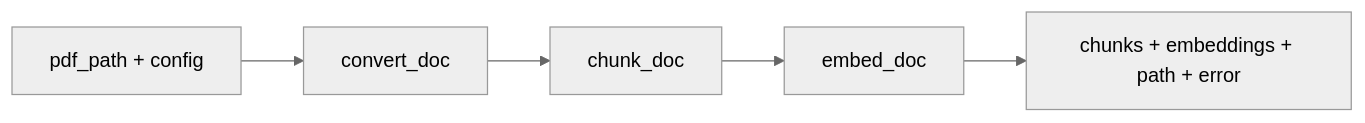
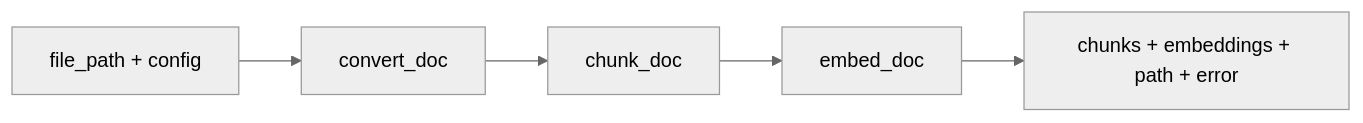
One commit to mcaimi/docling-agent changed the second of 3 diagrams in AGENTS.md. Above: the diagram before and after it, drawn with Mermaid (neutral theme). The commit also changed other lines of this file and 1 other file, not shown here.

````diff
--- a/AGENTS.md
+++ b/AGENTS.md
@@ -119,7 +128,7 @@
 ```mermaid
 flowchart LR
-    input["pdf_path + config"] --> convert_doc
+    input["file_path + config"] --> convert_doc
     convert_doc --> chunk_doc
     chunk_doc --> embed_doc
     embed_doc --> output["chunks + embeddings + path + error"]
 ```
````
